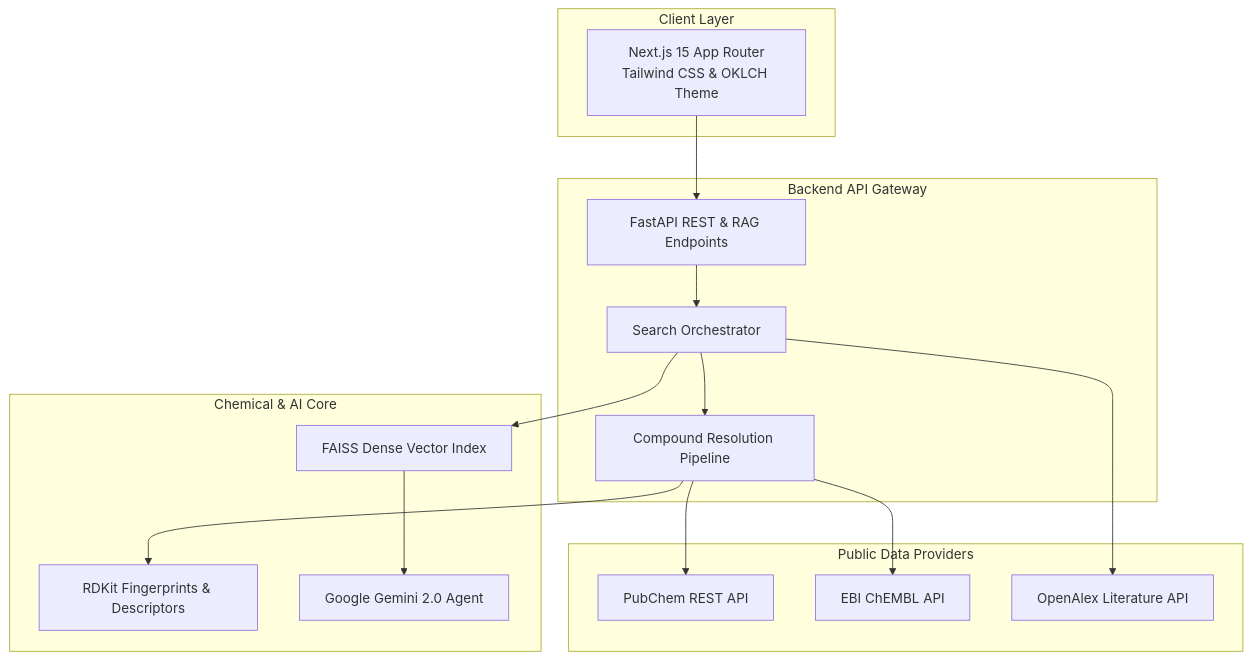
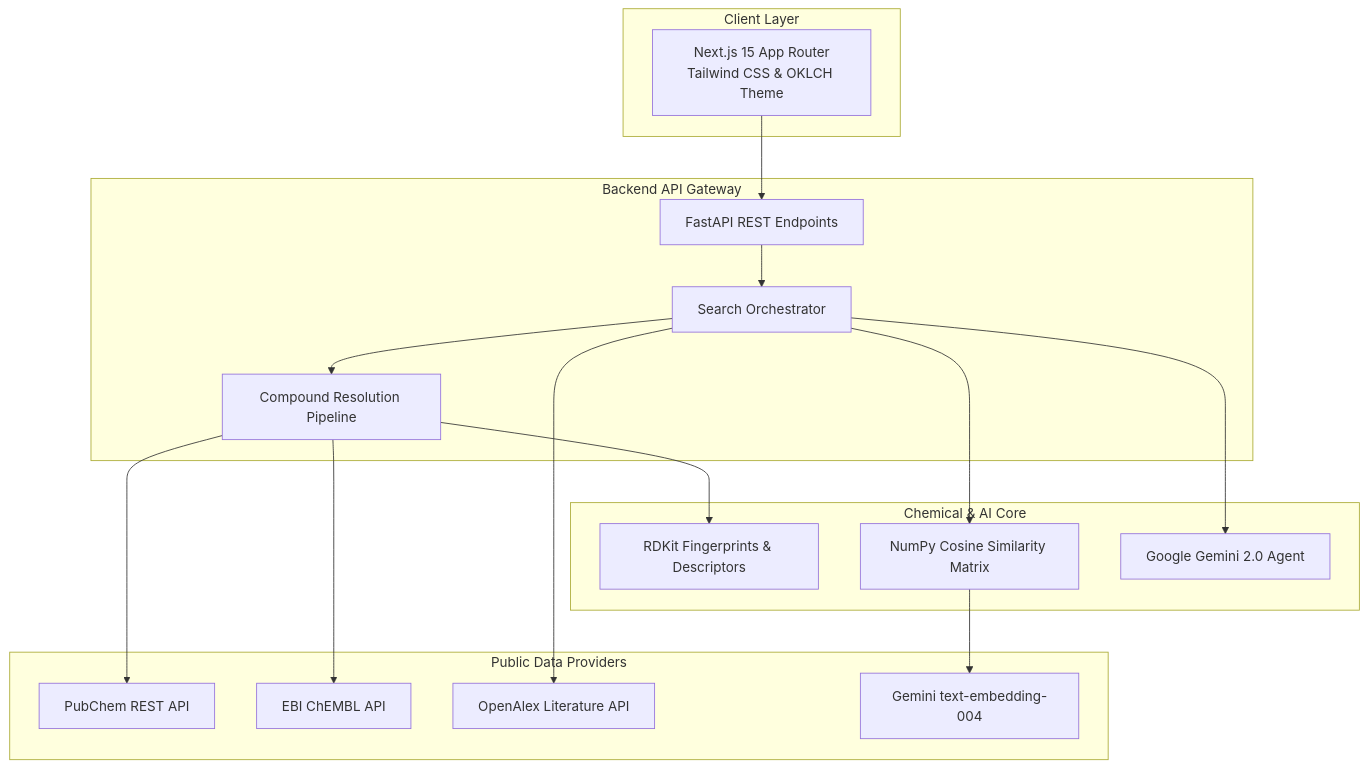
The diagram in README.md (VahiniMuttineni/Patent-Pilot-AI), drawn with Mermaid before and after one commit. The commit also changed other lines of this file, not shown here.

Commit message:
docs: comprehensively rewrite README to include architecture, workflow, trade-offs, and future improvements

````diff
--- a/README.md
+++ b/README.md
@@ -31,34 +22,36 @@
 ```mermaid
 graph TD
     subgraph client ["Client Layer"]
         UI["Next.js 15 App Router<br/>Tailwind CSS & OKLCH Theme"]
     end
 
     subgraph gateway ["Backend API Gateway"]
-        Router["FastAPI REST & RAG Endpoints"]
+        Router["FastAPI REST Endpoints"]
         Orchestrator["Search Orchestrator"]
         CompoundResolver["Compound Resolution Pipeline"]
     end
 
     subgraph engine ["Chemical & AI Core"]
         RDKit["RDKit Fingerprints & Descriptors"]
-        FAISS["FAISS Dense Vector Index"]
+        NumPy["NumPy Cosine Similarity Matrix"]
         LLM["Google Gemini 2.0 Agent"]
     end
 
     subgraph external ["Public Data Providers"]
         PubChem["PubChem REST API"]
         ChEMBL["EBI ChEMBL API"]
         OpenAlex["OpenAlex Literature API"]
+        GeminiEmbeddings["Gemini text-embedding-004"]
     end
 
     UI --> Router
     Router --> Orchestrator
     Orchestrator --> CompoundResolver
     CompoundResolver --> RDKit
     CompoundResolver --> PubChem
     CompoundResolver --> ChEMBL
     Orchestrator --> OpenAlex
-    Orchestrator --> FAISS
-    FAISS --> LLM
+    Orchestrator --> NumPy
+    NumPy --> GeminiEmbeddings
+    Orchestrator --> LLM
 ```
````
